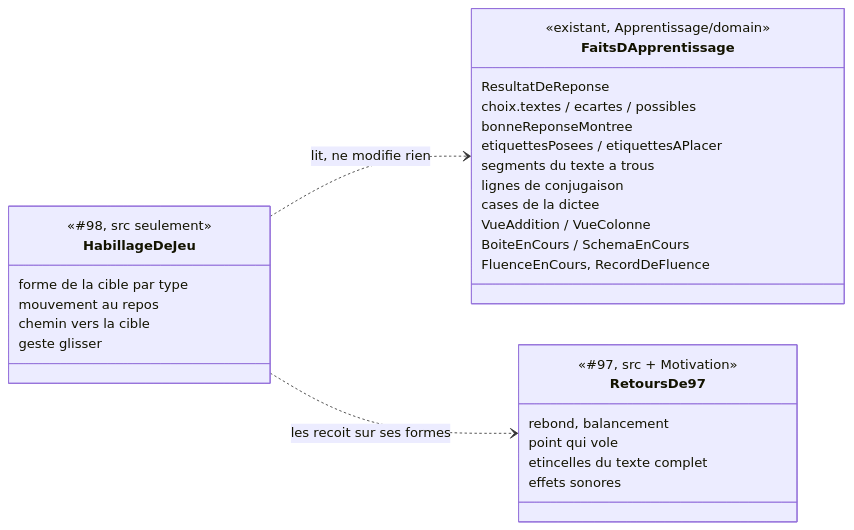
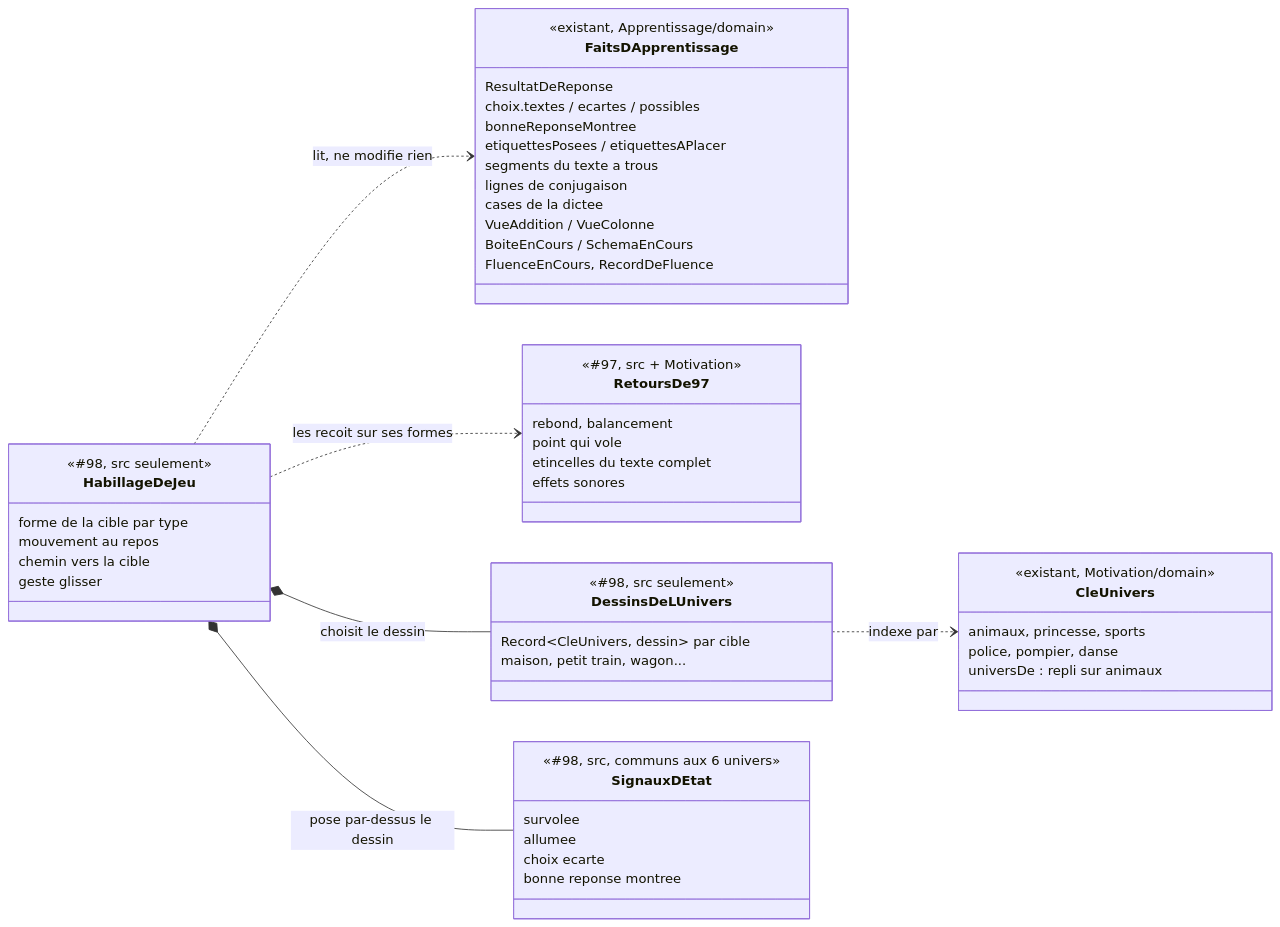
Before and after one commit to SBA-dev/github-move: the diagram in docs/stories/98/domain-model.md, drawn with Mermaid. The commit also changed other lines of this file, not shown here.

First line of the commit message:
docs(#98): modèle repris avec l'habillage par univers, découpage révisé

````diff
--- a/docs/stories/98/domain-model.md
+++ b/docs/stories/98/domain-model.md
@@ -110,33 +123,54 @@
 ```mermaid
 classDiagram
   direction LR
   class FaitsDApprentissage {
     <<existant, Apprentissage/domain>>
     ResultatDeReponse
     choix.textes / ecartes / possibles
     bonneReponseMontree
     etiquettesPosees / etiquettesAPlacer
     segments du texte a trous
     lignes de conjugaison
     cases de la dictee
     VueAddition / VueColonne
     BoiteEnCours / SchemaEnCours
     FluenceEnCours, RecordDeFluence
   }
   class RetoursDe97 {
     <<#97, src + Motivation>>
     rebond, balancement
     point qui vole
     etincelles du texte complet
     effets sonores
   }
   class HabillageDeJeu {
     <<#98, src seulement>>
     forme de la cible par type
     mouvement au repos
     chemin vers la cible
     geste glisser
   }
+  class DessinsDeLUnivers {
+    <<#98, src seulement>>
+    Record~CleUnivers, dessin~ par cible
+    maison, petit train, wagon...
+  }
+  class SignauxDEtat {
+    <<#98, src, communs aux 6 univers>>
+    survolee
+    allumee
+    choix ecarte
+    bonne reponse montree
+  }
+  class CleUnivers {
+    <<existant, Motivation/domain>>
+    animaux, princesse, sports
+    police, pompier, danse
+    universDe : repli sur animaux
+  }
   HabillageDeJeu ..> FaitsDApprentissage : lit, ne modifie rien
   HabillageDeJeu ..> RetoursDe97 : les recoit sur ses formes
+  HabillageDeJeu *-- DessinsDeLUnivers : choisit le dessin
+  HabillageDeJeu *-- SignauxDEtat : pose par-dessus le dessin
+  DessinsDeLUnivers ..> CleUnivers : indexe par
 ```
````
